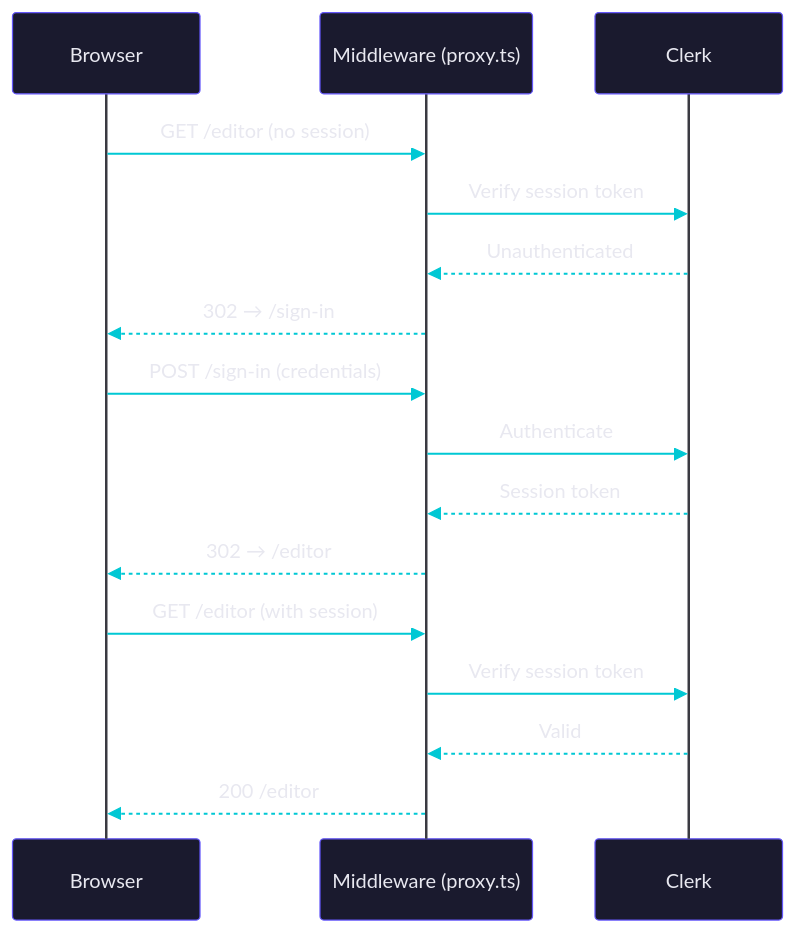
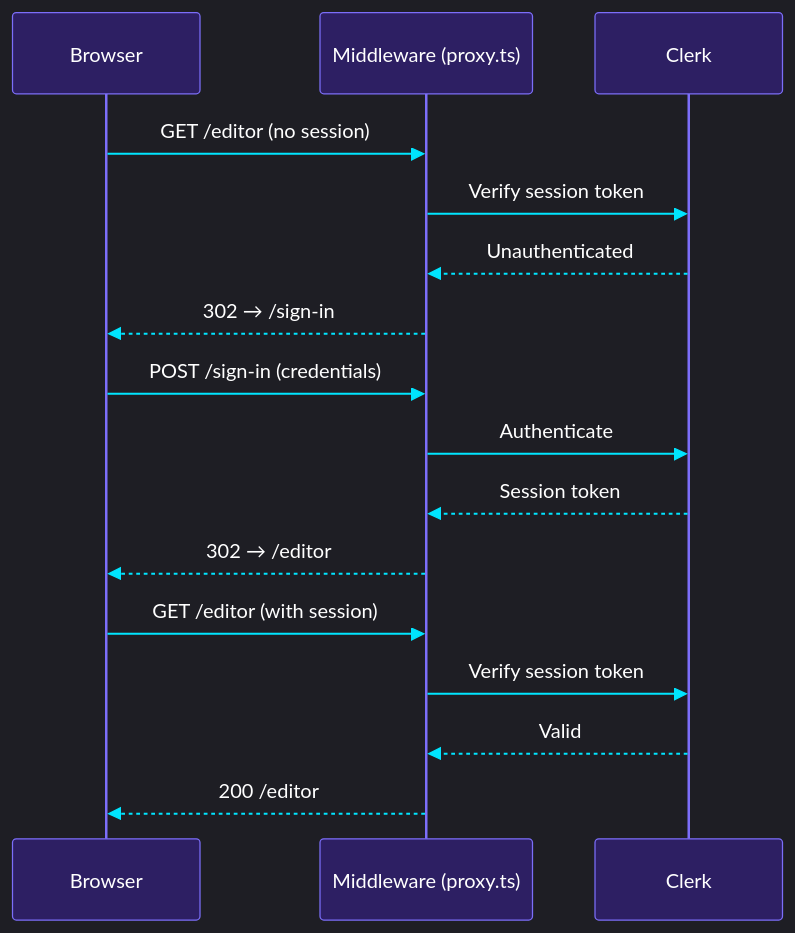
One commit to areddin409/ghost_ai changed the diagram in context/feature-specs/03-auth.md. Above: the diagram before and after it, drawn with Mermaid. The commit also changed other lines of this file and 12 other files, not shown here.

````diff
--- a/context/feature-specs/03-auth.md
+++ b/context/feature-specs/03-auth.md
@@ -28,46 +28,36 @@
 ```mermaid
-%%{init: {'theme': 'base', 'themeVariables': {
-  'background': '#0d0d12',
-  'mainBkg': '#1a1a2e',
-  'primaryColor': '#1a1a2e',
-  'primaryBorderColor': '#6457f9',
-  'primaryTextColor': '#e8e8f0',
-  'lineColor': '#3a3a42',
-  'secondaryColor': '#1a1a2e',
-  'tertiaryColor': '#0d0d12',
-  'actorBkg': '#1a1a2e',
-  'actorBorder': '#6457f9',
-  'actorTextColor': '#e8e8f0',
-  'actorLineColor': '#3a3a42',
-  'signalColor': '#00c8d4',
-  'signalTextColor': '#e8e8f0',
-  'labelBoxBkgColor': '#1a1a2e',
-  'labelBoxBorderColor': '#3a3a42',
-  'labelTextColor': '#e8e8f0',
-  'noteBkgColor': '#1a1a2e',
-  'noteTextColor': '#e8e8f0',
-  'activationBorderColor': '#6457f9',
-  'activationBkgColor': '#1a1a2e',
-  'edgeLabelBackground': '#1a1a2e',
-  'clusterBkg': '#0d0d12'
+%%{init: {'theme': 'dark', 'themeVariables': {
+  'actorBkg': '#2d1f63',
+  'actorBorder': '#7c6ef9',
+  'actorTextColor': '#ffffff',
+  'actorLineColor': '#7c6ef9',
+  'signalColor': '#00e5ff',
+  'signalTextColor': '#ffffff',
+  'activationBkgColor': '#0d2e2e',
+  'activationBorderColor': '#00c8d4',
+  'noteBkgColor': '#1e1e2e',
+  'noteTextColor': '#ffffff',
+  'labelBoxBkgColor': '#1e1e2e',
+  'labelBoxBorderColor': '#7c6ef9',
+  'labelTextColor': '#ffffff'
 }}}%%
 sequenceDiagram
     participant B as Browser
     participant M as Middleware (proxy.ts)
     participant C as Clerk
 
     B->>M: GET /editor (no session)
     M->>C: Verify session token
     C-->>M: Unauthenticated
     M-->>B: 302 → /sign-in
 
     B->>M: POST /sign-in (credentials)
     M->>C: Authenticate
     C-->>M: Session token
     M-->>B: 302 → /editor
 
     B->>M: GET /editor (with session)
     M->>C: Verify session token
     C-->>M: Valid
     M-->>B: 200 /editor
 ```
````
